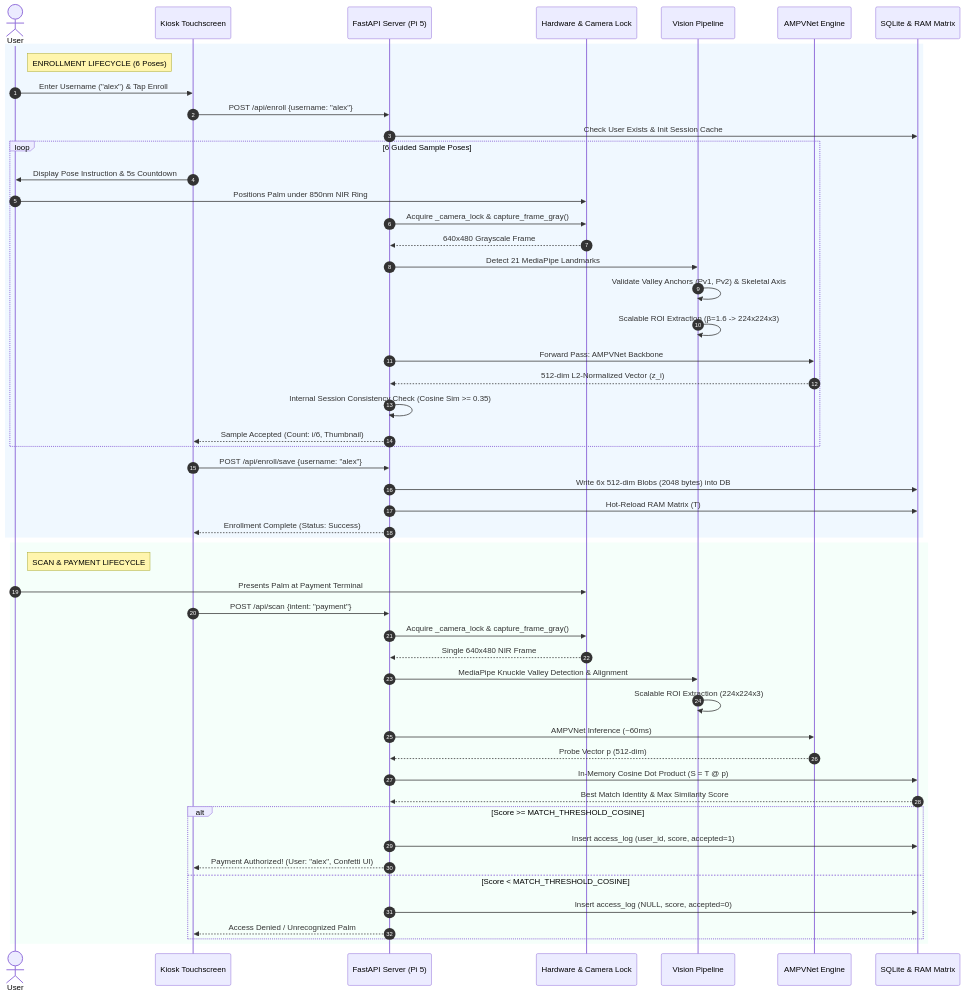
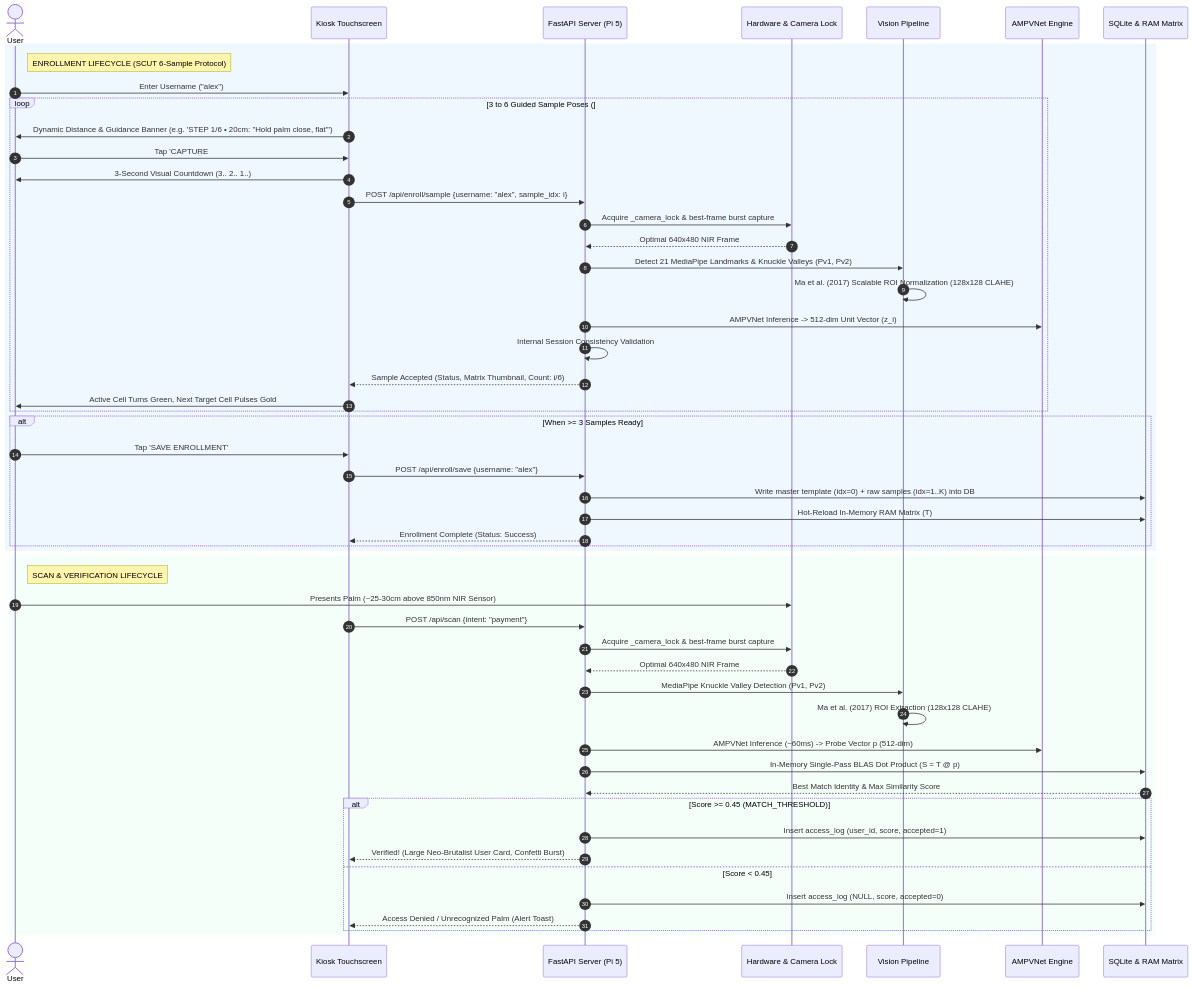
One commit to YEsh-DEV/vein-detection changed the first of 2 diagrams in system_architecture.md. Above: the diagram before and after it, drawn with Mermaid. The commit also changed other lines of this file and 4 other files, not shown here.

Commit message:
docs: update system_architecture to v2 calibrated pipeline & untrack local reports/docs from git

````diff
--- a/system_architecture.md
+++ b/system_architecture.md
@@ -401,58 +406,59 @@
 ```mermaid
 sequenceDiagram
     autonumber
     actor User
     participant KioskUI as Kiosk Touchscreen
     participant Server as FastAPI Server (Pi 5)
     participant HW as Hardware & Camera Lock
     participant Pipe as Vision Pipeline
     participant ONNX as AMPVNet Engine
     participant Vault as SQLite & RAM Matrix
 
-    %% ENROLLMENT FLOW
+    %% ENROLLMENT FLOW (SCUT MULTI-HEIGHT PROTOCOL)
     rect rgb(240, 248, 255)
-    note right of User: ENROLLMENT LIFECYCLE (6 Poses)
-    User->>KioskUI: Enter Username ("alex") & Tap Enroll
-    KioskUI->>Server: POST /api/enroll {username: "alex"}
-    Server->>Vault: Check User Exists & Init Session Cache
-    loop 6 Guided Sample Poses
-        KioskUI->>User: Display Pose Instruction & 5s Countdown
-        User->>HW: Positions Palm under 850nm NIR Ring
-        Server->>HW: Acquire _camera_lock & capture_frame_gray()
-        HW-->>Server: 640x480 Grayscale Frame
-        Server->>Pipe: Detect 21 MediaPipe Landmarks
-        Pipe->>Pipe: Validate Valley Anchors (Pv1, Pv2) & Skeletal Axis
-        Pipe->>Pipe: Scalable ROI Extraction (β=1.6 -> 224x224x3)
-        Server->>ONNX: Forward Pass: AMPVNet Backbone
-        ONNX-->>Server: 512-dim L2-Normalized Vector (z_i)
-        Server->>Server: Internal Session Consistency Check (Cosine Sim >= 0.35)
-        Server-->>KioskUI: Sample Accepted (Count: i/6, Thumbnail)
+    note right of User: ENROLLMENT LIFECYCLE (SCUT 6-Sample Protocol)
+    User->>KioskUI: Enter Username ("alex")
+    loop 3 to 6 Guided Sample Poses (#1: 20cm, #2: 30cm, #3: 40cm, #4: 20cm Tilt-L, #5: 30cm Tilt-R, #6: 35cm Natural)
+        KioskUI->>User: Dynamic Distance & Guidance Banner (e.g. 'STEP 1/6 • 20cm: "Hold palm close, flat"')
+        User->>KioskUI: Tap 'CAPTURE #i (Distance)'
+        KioskUI->>User: 3-Second Visual Countdown (3.. 2.. 1..)
+        KioskUI->>Server: POST /api/enroll/sample {username: "alex", sample_idx: i}
+        Server->>HW: Acquire _camera_lock & best-frame burst capture
+        HW-->>Server: Optimal 640x480 NIR Frame
+        Server->>Pipe: Detect 21 MediaPipe Landmarks & Knuckle Valleys (Pv1, Pv2)
+        Pipe->>Pipe: Ma et al. (2017) Scalable ROI Normalization (128x128 CLAHE)
+        Server->>ONNX: AMPVNet Inference -> 512-dim Unit Vector (z_i)
+        Server->>Server: Internal Session Consistency Validation
+        Server-->>KioskUI: Sample Accepted (Status, Matrix Thumbnail, Count: i/6)
+        KioskUI->>User: Active Cell Turns Green, Next Target Cell Pulses Gold
     end
-    KioskUI->>Server: POST /api/enroll/save {username: "alex"}
-    Server->>Vault: Write 6x 512-dim Blobs (2048 bytes) into DB
-    Server->>Vault: Hot-Reload RAM Matrix (T)
-    Server-->>KioskUI: Enrollment Complete (Status: Success)
+    alt When >= 3 Samples Ready
+        User->>KioskUI: Tap 'SAVE ENROLLMENT'
+        KioskUI->>Server: POST /api/enroll/save {username: "alex"}
+        Server->>Vault: Write master template (idx=0) + raw samples (idx=1..K) into DB
+        Server->>Vault: Hot-Reload In-Memory RAM Matrix (T)
+        Server-->>KioskUI: Enrollment Complete (Status: Success)
+    end
     end
 
     %% SCAN FLOW
     rect rgb(245, 255, 250)
-    note right of User: SCAN & PAYMENT LIFECYCLE
-    User->>HW: Presents Palm at Payment Terminal
+    note right of User: SCAN & VERIFICATION LIFECYCLE
+    User->>HW: Presents Palm (~25-30cm above 850nm NIR Sensor)
     KioskUI->>Server: POST /api/scan {intent: "payment"}
-    Server->>HW: Acquire _camera_lock & capture_frame_gray()
-    HW-->>Server: Single 640x480 NIR Frame
-    Server->>Pipe: MediaPipe Knuckle Valley Detection & Alignment
-    Pipe->>Pipe: Scalable ROI Extraction (224x224x3)
-    Server->>ONNX: AMPVNet Inference (~60ms)
-    ONNX-->>Server: Probe Vector p (512-dim)
-    Server->>Vault: In-Memory Cosine Dot Product (S = T @ p)
+    Server->>HW: Acquire _camera_lock & best-frame burst capture
+    HW-->>Server: Optimal 640x480 NIR Frame
+    Server->>Pipe: MediaPipe Knuckle Valley Detection (Pv1, Pv2)
+    Pipe->>Pipe: Ma et al. (2017) ROI Extraction (128x128 CLAHE)
+    Server->>ONNX: AMPVNet Inference (~60ms) -> Probe Vector p (512-dim)
+    Server->>Vault: In-Memory Single-Pass BLAS Dot Product (S = T @ p)
     Vault-->>Server: Best Match Identity & Max Similarity Score
-    alt Score >= MATCH_THRESHOLD_COSINE
+    alt Score >= 0.45 (MATCH_THRESHOLD)
         Server->>Vault: Insert access_log (user_id, score, accepted=1)
-        Server-->>KioskUI: Payment Authorized! (User: "alex", Confetti UI)
-    else Score < MATCH_THRESHOLD_COSINE
+        Server-->>KioskUI: Verified! (Large Neo-Brutalist User Card, Confetti Burst)
+    else Score < 0.45
         Server->>Vault: Insert access_log (NULL, score, accepted=0)
-        Server-->>KioskUI: Access Denied / Unrecognized Palm
+        Server-->>KioskUI: Access Denied / Unrecognized Palm (Alert Toast)
     end
     end
 ```
````
